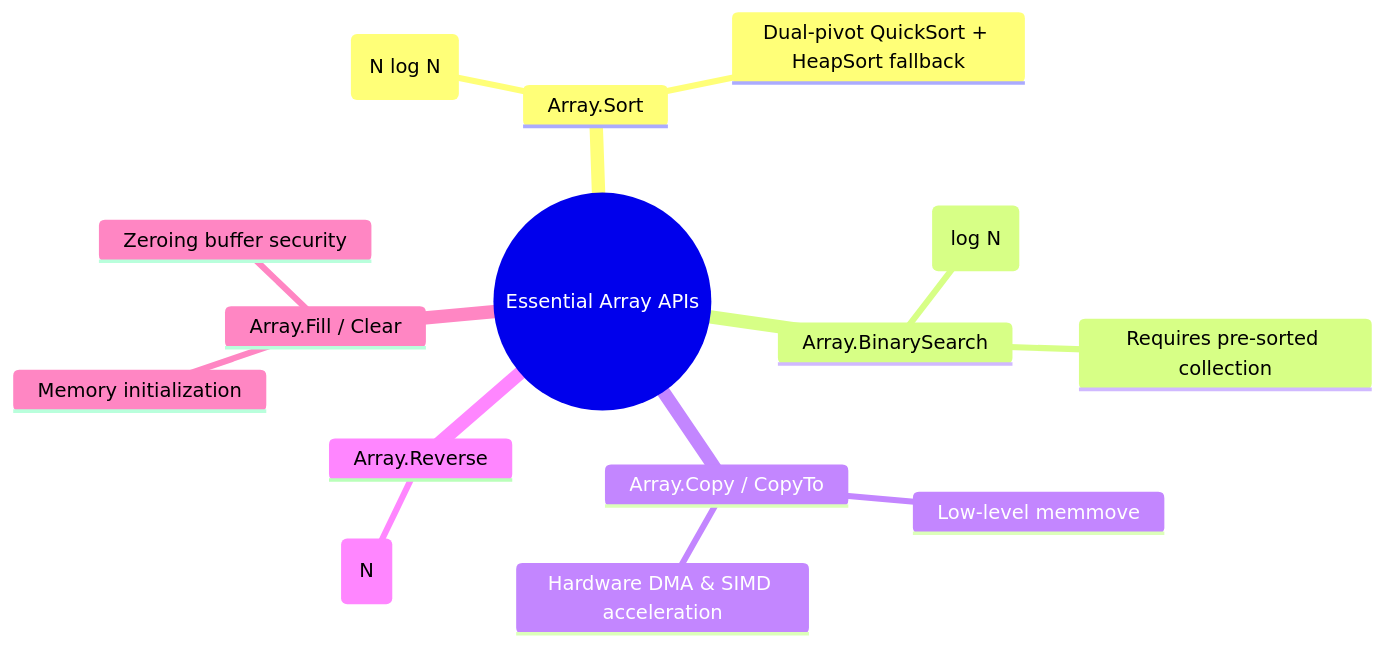
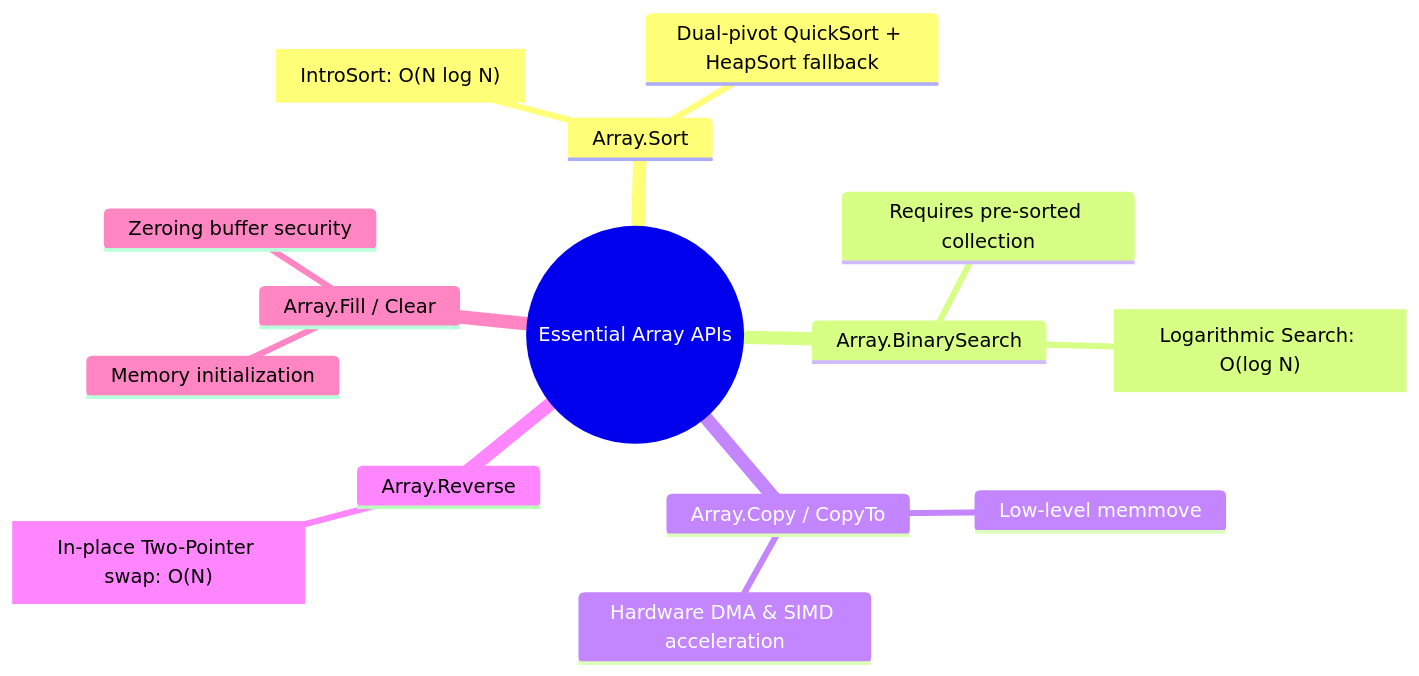
The first of 5 diagrams in 28_array_coding_problems_using_functions.md (sreekanthap89/dotnet-csharp-sql-mastery), drawn with Mermaid before and after one commit. The commit also changed 5 other files, not shown here.

Commit message:
fix(docs): quote edge and node labels in Mermaid diagrams for GitHub rendering compliance

````diff
--- a/28_array_coding_problems_using_functions.md
+++ b/28_array_coding_problems_using_functions.md
@@ -18,18 +18,18 @@
 ```mermaid
 mindmap
   root((Essential Array APIs))
     Array.Sort
-      IntroSort O(N log N)
+      ["IntroSort: O(N log N)"]
       Dual-pivot QuickSort + HeapSort fallback
     Array.BinarySearch
-      Logarithmic Search O(log N)
+      ["Logarithmic Search: O(log N)"]
       Requires pre-sorted collection
     Array.Copy / CopyTo
       Low-level memmove
       Hardware DMA & SIMD acceleration
     Array.Reverse
-      In-place Two-Pointer swap O(N)
+      ["In-place Two-Pointer swap: O(N)"]
     Array.Fill / Clear
       Memory initialization
       Zeroing buffer security
 ```
````
